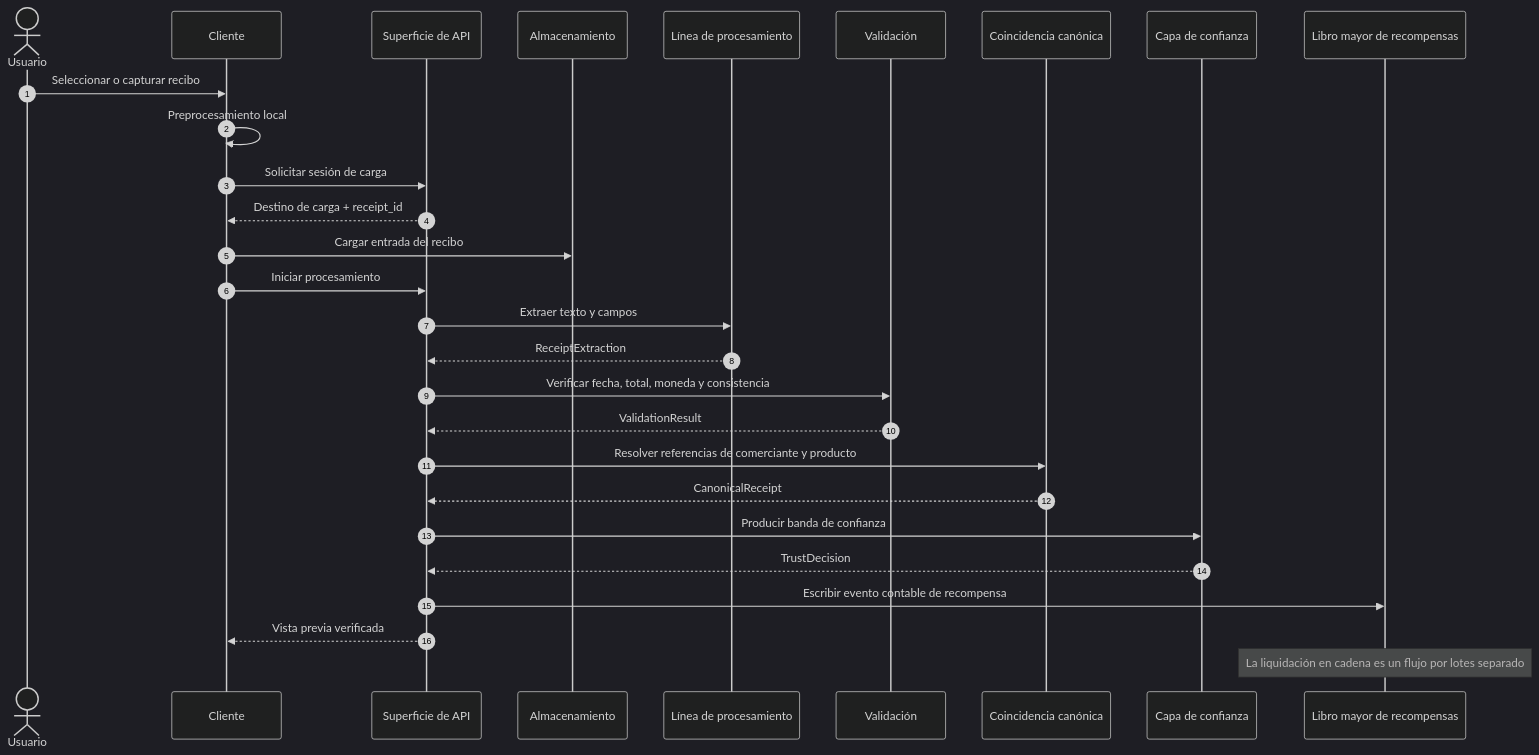
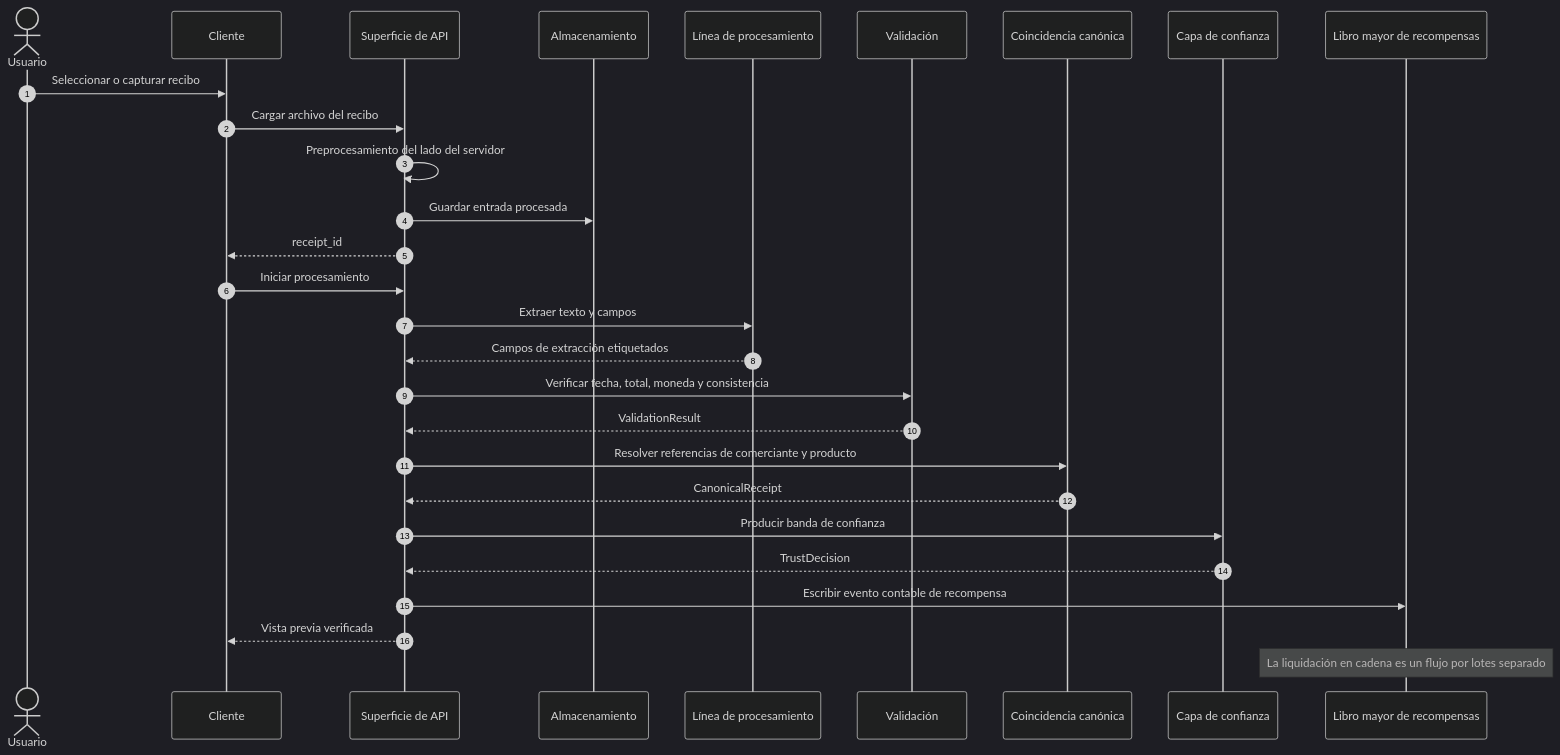
One commit to Yumo-Yumo-Inc/yumoyumohq changed the diagram in content/technical-paper/es/02-receipt-pipeline/01-overview.md. Above: the diagram before and after it, drawn with Mermaid (dark theme). The commit also changed 1048 other files, not shown here.

````diff
--- a/content/technical-paper/es/02-receipt-pipeline/01-overview.md
+++ b/content/technical-paper/es/02-receipt-pipeline/01-overview.md
@@ -19,31 +19,31 @@
 ```mermaid
 sequenceDiagram
     autonumber
     actor U as Usuario
     participant C as Cliente
     participant API as Superficie de API
     participant S as Almacenamiento
     participant P as Línea de procesamiento
     participant V as Validación
     participant M as Coincidencia canónica
     participant T as Capa de confianza
     participant L as Libro mayor de recompensas
 
     U->>C: Seleccionar o capturar recibo
-    C->>C: Preprocesamiento local
-    C->>API: Solicitar sesión de carga
-    API-->>C: Destino de carga + receipt_id
-    C->>S: Cargar entrada del recibo
+    C->>API: Cargar archivo del recibo
+    API->>API: Preprocesamiento del lado del servidor
+    API->>S: Guardar entrada procesada
+    API-->>C: receipt_id
     C->>API: Iniciar procesamiento
     API->>P: Extraer texto y campos
-    P-->>API: ReceiptExtraction
+    P-->>API: Campos de extracción etiquetados
     API->>V: Verificar fecha, total, moneda y consistencia
     V-->>API: ValidationResult
     API->>M: Resolver referencias de comerciante y producto
     M-->>API: CanonicalReceipt
     API->>T: Producir banda de confianza
     T-->>API: TrustDecision
     API->>L: Escribir evento contable de recompensa
     API-->>C: Vista previa verificada
     Note over L: La liquidación en cadena es un flujo por lotes separado
 ```
````
